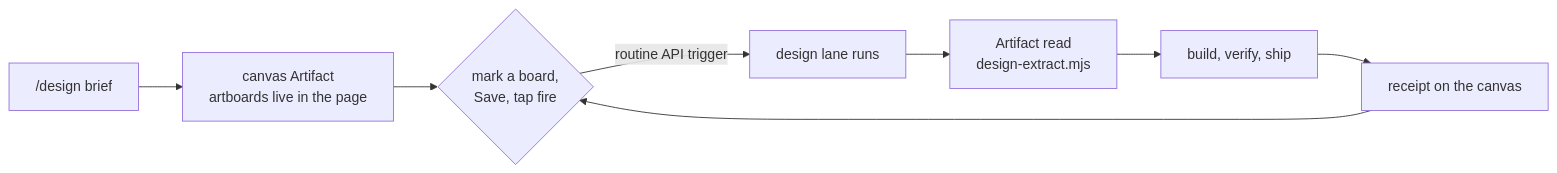
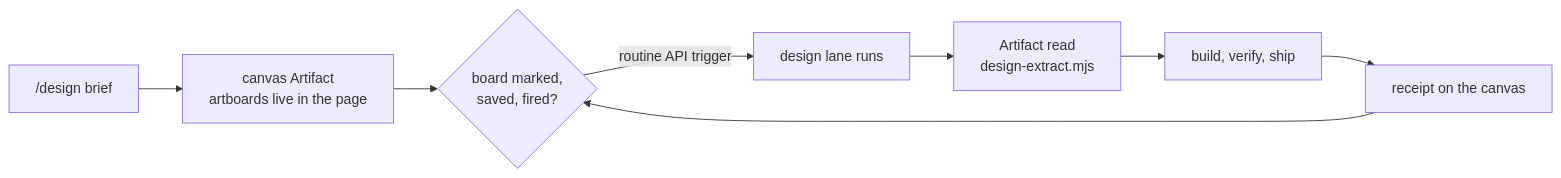
One commit to ejclark/skynet-capital changed the diagram in docs/HANDOFFS.md. Above: the diagram before and after it, drawn with Mermaid. The commit also changed 12 other files, not shown here.

First line of the commit message:
feat(mermaid-lint): the round-3 rules — registry hex gated, handle / fork / house-noun notes

````diff
--- a/docs/HANDOFFS.md
+++ b/docs/HANDOFFS.md
@@ -11,10 +11,10 @@
 ```mermaid
 flowchart LR
   A["/design brief"] --> B["canvas Artifact<br/>artboards live in the page"]
-  B --> C{"mark a board,<br/>Save, tap fire"}
+  B --> C{"board marked,<br/>saved, fired?"}
   C -->|routine API trigger| D["design lane runs"]
   D --> E["Artifact read<br/>design-extract.mjs"]
   E --> F["build, verify, ship"]
   F --> G["receipt on the canvas"]
   G --> C
 ```
````
